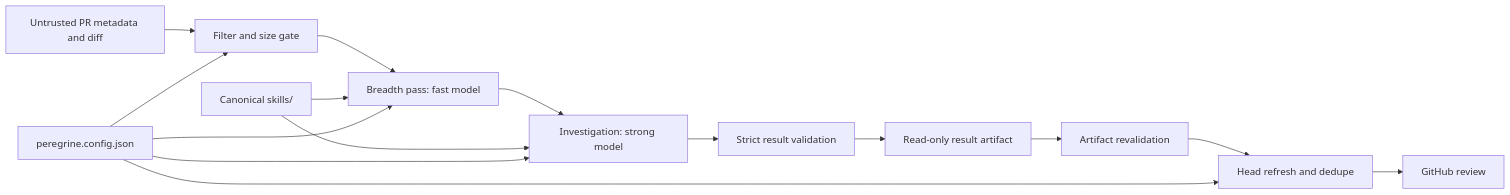
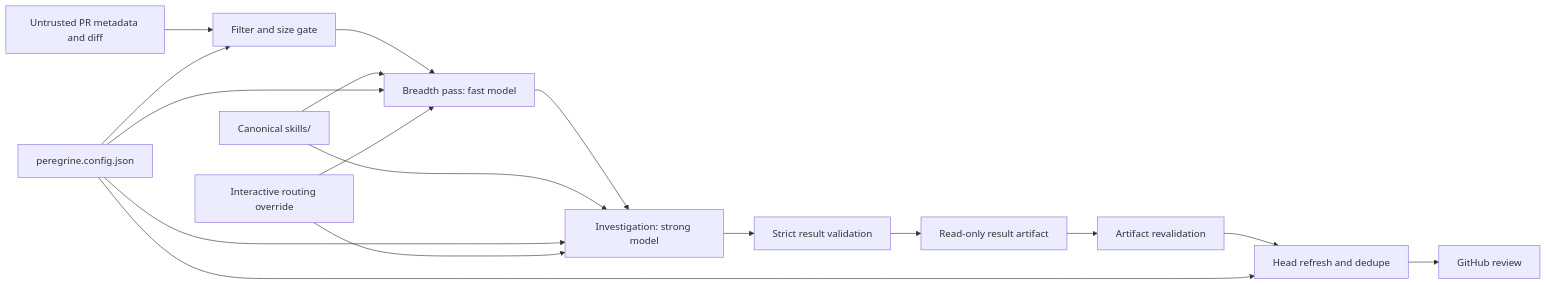
Before and after one commit to PeterGrayCreative/peregrine-bugbot: the diagram in docs/architecture.md, drawn with Mermaid. The commit also changed other lines of this file and 18 other files, not shown here.

````diff
--- a/docs/architecture.md
+++ b/docs/architecture.md
@@ -7,18 +7,20 @@
 ```mermaid
 flowchart LR
     U[Untrusted PR metadata and diff] --> F[Filter and size gate]
     F --> B[Breadth pass: fast model]
     B --> I[Investigation: strong model]
     I --> V[Strict result validation]
     V --> A[Read-only result artifact]
     A --> R[Artifact revalidation]
     R --> H[Head refresh and dedupe]
     H --> G[GitHub review]
 
     S[Canonical skills/] --> B
     S --> I
     C[peregrine.config.json] --> F
     C --> B
     C --> I
     C --> H
+    P[Interactive routing override] --> B
+    P --> I
 ```
````
